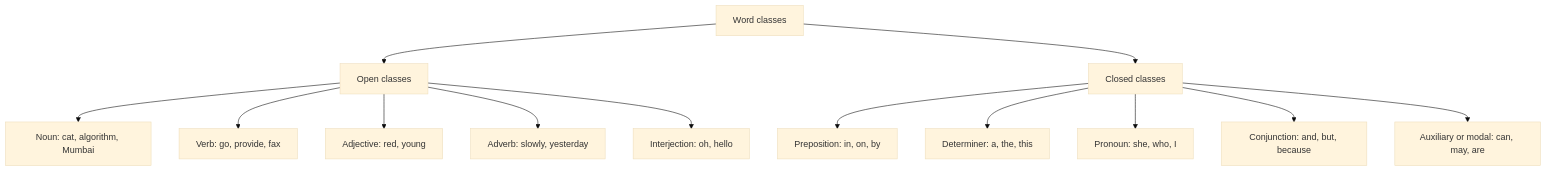
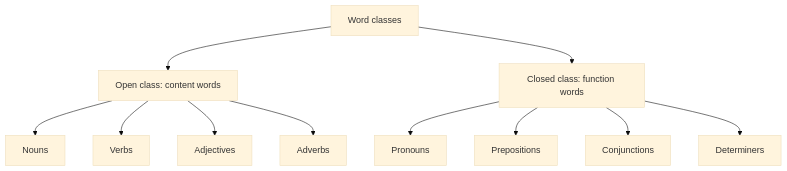
One commit to TrendySloth1001/sem-seven-notes changed the first of 5 diagrams in content/natural-language-processing/notes/pos-tagging.hi.mdx. Above: the diagram before and after it, drawn with Mermaid (base theme). The commit also changed other lines of this file and 406 other files, not shown here.

````diff
--- a/content/natural-language-processing/notes/pos-tagging.hi.mdx
+++ b/content/natural-language-processing/notes/pos-tagging.hi.mdx
@@ -83,16 +61,14 @@
 ```mermaid
-%% caption: English ki word classes. Open classes (left) mein naye words aate hain; closed classes (right) function words ki chhoti fixed lists hain.
+%% caption: Word classes jaise class answer mein baante gaye hain. Open classes language ke saath badhti hain; closed classes fixed rehti hain.
 flowchart TD
-  W["Word classes"] --> O["Open classes"]
-  W --> C["Closed classes"]
-  O --> O1["Noun: cat, algorithm, Mumbai"]
-  O --> O2["Verb: go, provide, fax"]
-  O --> O3["Adjective: red, young"]
-  O --> O4["Adverb: slowly, yesterday"]
-  O --> O5["Interjection: oh, hello"]
-  C --> C1["Preposition: in, on, by"]
-  C --> C2["Determiner: a, the, this"]
-  C --> C3["Pronoun: she, who, I"]
-  C --> C4["Conjunction: and, but, because"]
-  C --> C5["Auxiliary or modal: can, may, are"]
+  A["Word classes"] --> B["Open class: content words"]
+  A --> C["Closed class: function words"]
+  B --> B1["Nouns"]
+  B --> B2["Verbs"]
+  B --> B3["Adjectives"]
+  B --> B4["Adverbs"]
+  C --> C1["Pronouns"]
+  C --> C2["Prepositions"]
+  C --> C3["Conjunctions"]
+  C --> C4["Determiners"]
 ```
````
